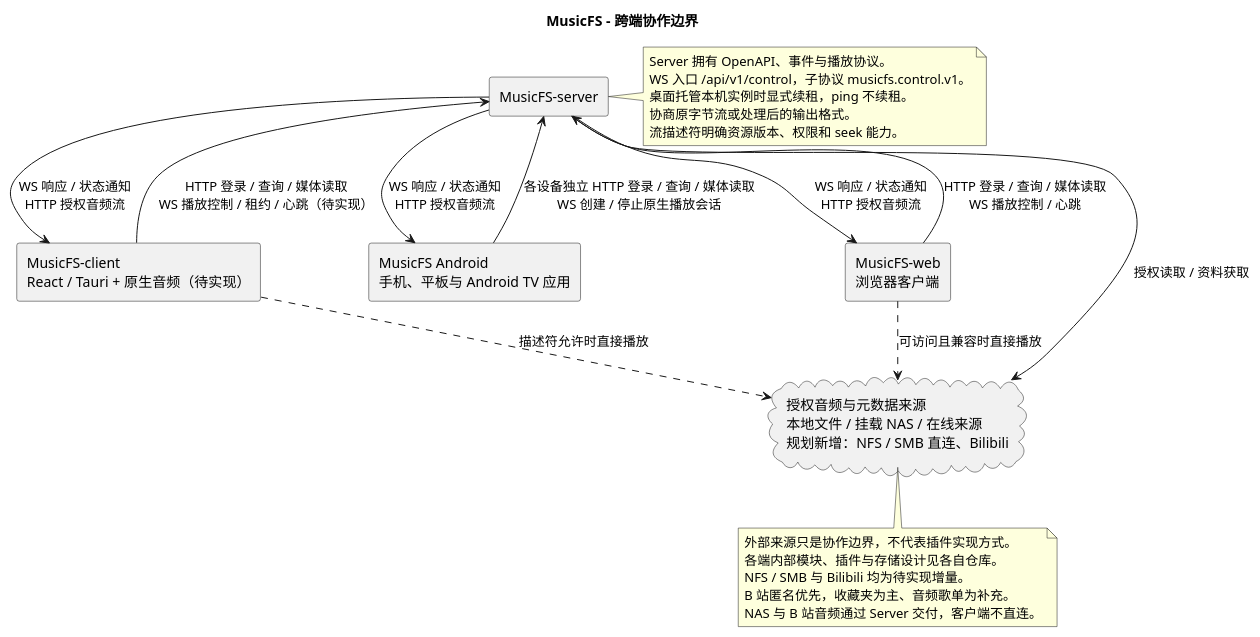
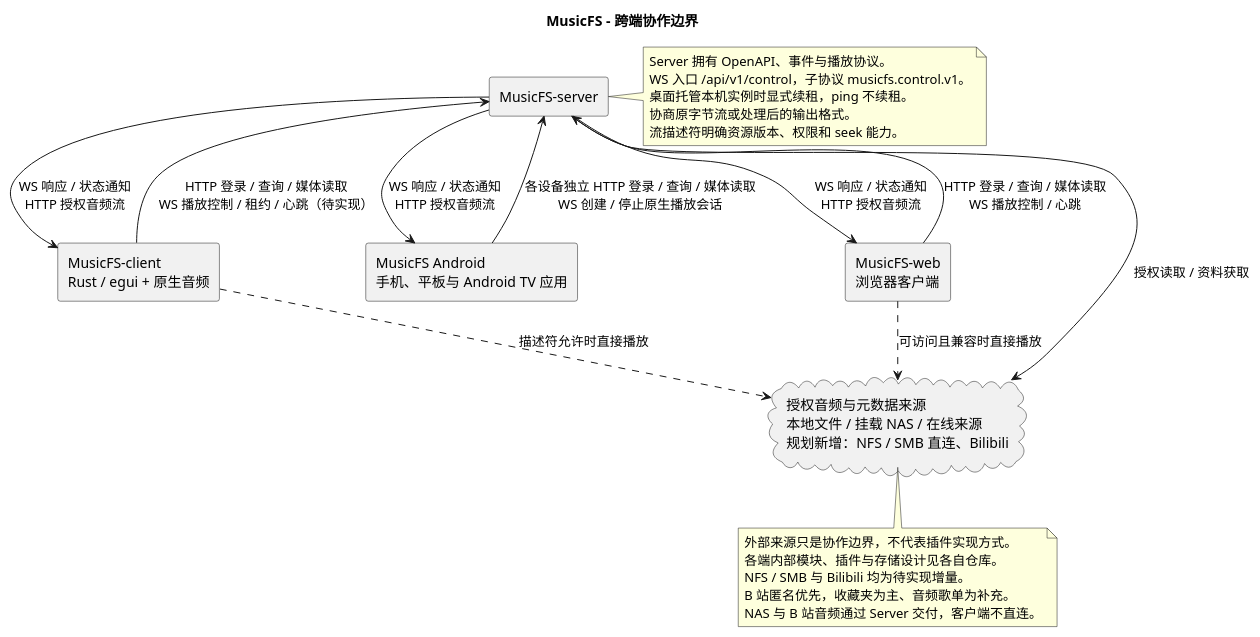
Before and after one commit to fnMrRice/MusicFS: the diagram in docs/diagrams/components.puml, drawn with PlantUML. The commit also changed 6 other files, not shown here.

Commit message:
chore(client): pin the native Rust desktop player and update its architecture

```diff
--- a/docs/diagrams/components.puml
+++ b/docs/diagrams/components.puml
@@ -1,37 +1,37 @@
 @startuml
 title MusicFS - 跨端协作边界
 top to bottom direction
 skinparam componentStyle rectangle
 
-component "MusicFS-client\nReact / Tauri + 原生音频（待实现）" as Client
+component "MusicFS-client\nRust / egui + 原生音频" as Client
 component "MusicFS Android\n手机、平板与 Android TV 应用" as Android
 component "MusicFS-web\n浏览器客户端" as Web
 component "MusicFS-server" as Server
 cloud "授权音频与元数据来源\n本地文件 / 挂载 NAS / 在线来源\n规划新增：NFS / SMB 直连、Bilibili" as Sources
 
 Client --> Server : HTTP 登录 / 查询 / 媒体读取\nWS 播放控制 / 租约 / 心跳（待实现）
 Android --> Server : 各设备独立 HTTP 登录 / 查询 / 媒体读取\nWS 创建 / 停止原生播放会话
 Web --> Server : HTTP 登录 / 查询 / 媒体读取\nWS 播放控制 / 心跳
 Server --> Client : WS 响应 / 状态通知\nHTTP 授权音频流
 Server --> Android : WS 响应 / 状态通知\nHTTP 授权音频流
 Server --> Web : WS 响应 / 状态通知\nHTTP 授权音频流
 Server --> Sources : 授权读取 / 资料获取
 Client ..> Sources : 描述符允许时直接播放
 Web ..> Sources : 可访问且兼容时直接播放
 
 note right of Server
   Server 拥有 OpenAPI、事件与播放协议。
   WS 入口 /api/v1/control，子协议 musicfs.control.v1。
   桌面托管本机实例时显式续租，ping 不续租。
   协商原字节流或处理后的输出格式。
   流描述符明确资源版本、权限和 seek 能力。
 end note
 
 note bottom of Sources
   外部来源只是协作边界，不代表插件实现方式。
   各端内部模块、插件与存储设计见各自仓库。
   NFS / SMB 与 Bilibili 均为待实现增量。
   B 站匿名优先，收藏夹为主、音频歌单为补充。
   NAS 与 B 站音频通过 Server 交付，客户端不直连。
 end note
 @enduml
```
